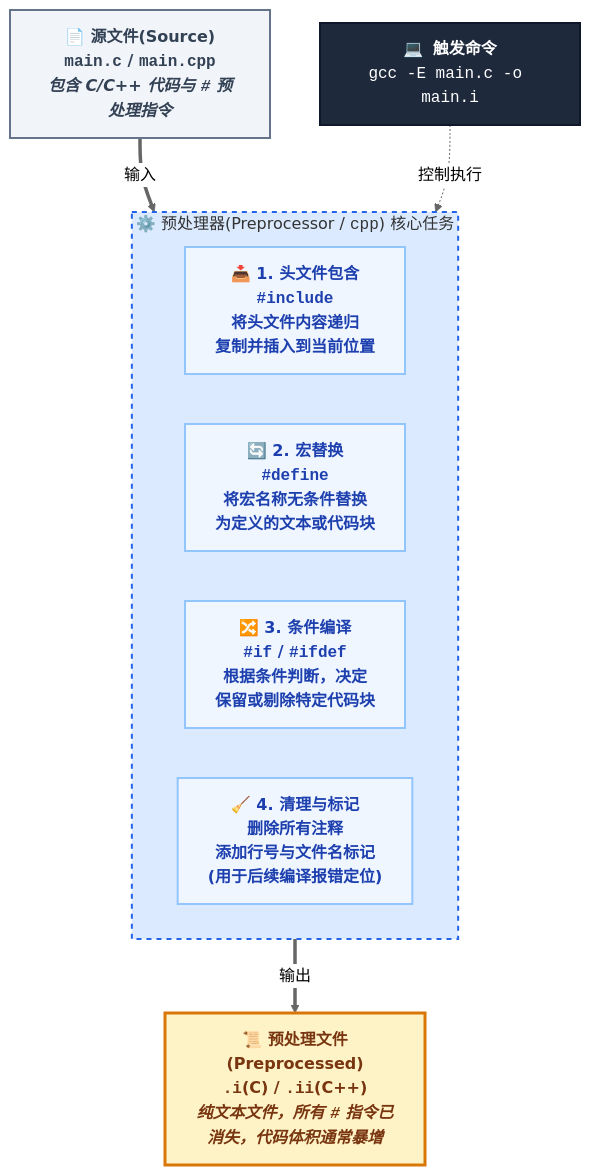
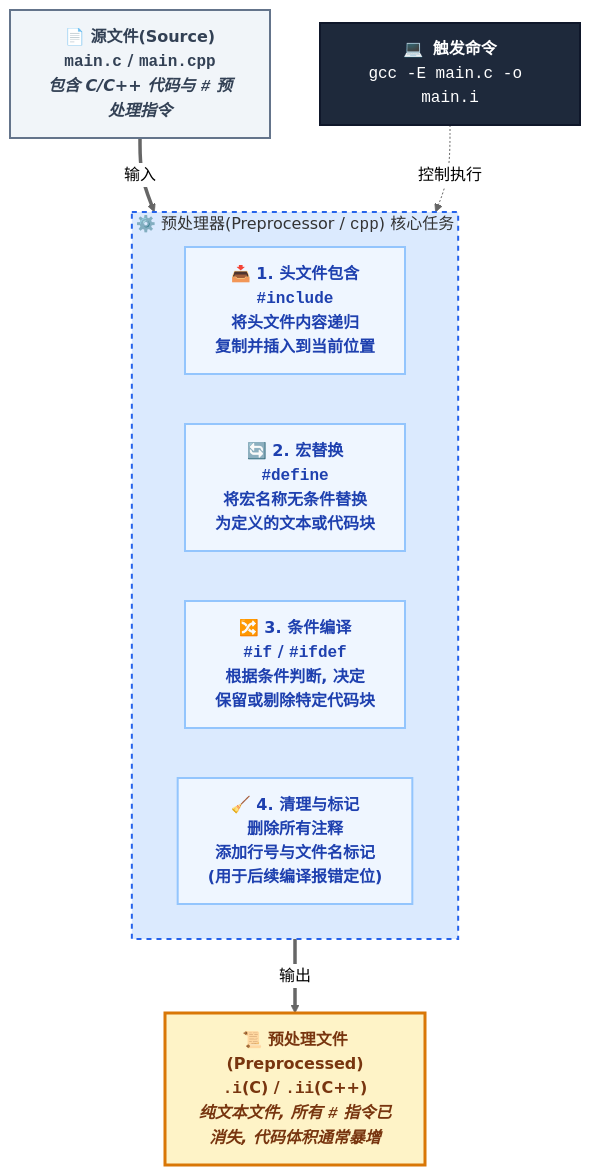
One commit to dmjcb/dmjcb.github.io changed the second of 10 diagrams in _posts/c_c++/compile/2021-06-15-编译过程.md. Above: the diagram before and after it, drawn with Mermaid (neutral theme). The commit also changed other lines of this file and 12 other files, not shown here.

````diff
--- a/_posts/c_c++/compile/2021-06-15-编译过程.md
+++ b/_posts/c_c++/compile/2021-06-15-编译过程.md
@@ -78,37 +78,37 @@
 ```mermaid
 flowchart TD
     %% 样式定义(延续前文色彩体系)
     classDef srcFile fill:#f1f5f9,stroke:#64748b,stroke-width:2px,color:#334155,font-weight:bold;
     classDef cppBox fill:#dbeafe,stroke:#2563eb,stroke-width:2px,stroke-dasharray: 5 5;
     classDef taskNode fill:#eff6ff,stroke:#93c5fd,stroke-width:2px,color:#1e40af,font-weight:bold;
     classDef outFile fill:#fef3c7,stroke:#d97706,stroke-width:3px,color:#78350f,font-weight:bold;
     classDef cmdNode fill:#1e293b,stroke:#0f172a,stroke-width:2px,color:#ffffff,font-family:monospace;
 
     %% 节点定义
     Src["📄 <b>源文件(Source)</b><br/><code>main.c</code> / <code>main.cpp</code><br/><i>包含 C/C++ 代码与 <code>#</code> 预处理指令</i>"]
 
     subgraph CPP ["⚙️ 预处理器(Preprocessor / <code>cpp</code>) 核心任务"]
         direction LR
         T1["📥 <b>1. 头文件包含</b><br/><code>#include</code><br/>将头文件内容递归<br/>复制并插入到当前位置"]
         T2["🔄 <b>2. 宏替换</b><br/><code>#define</code><br/>将宏名称无条件替换<br/>为定义的文本或代码块"]
-        T3["🔀 <b>3. 条件编译</b><br/><code>#if</code> / <code>#ifdef</code><br/>根据条件判断，决定<br/>保留或剔除特定代码块"]
+        T3["🔀 <b>3. 条件编译</b><br/><code>#if</code> / <code>#ifdef</code><br/>根据条件判断, 决定<br/>保留或剔除特定代码块"]
         T4["🧹 <b>4. 清理与标记</b><br/>删除所有注释<br/>添加行号与文件名标记<br/>(用于后续编译报错定位)"]
     end
 
-    Out["📜 <b>预处理文件(Preprocessed)</b><br/><code>.i</code>(C) / <code>.ii</code>(C++)<br/><i>纯文本文件，所有 <code>#</code> 指令已消失，代码体积通常暴增</i>"]
+    Out["📜 <b>预处理文件(Preprocessed)</b><br/><code>.i</code>(C) / <code>.ii</code>(C++)<br/><i>纯文本文件, 所有 <code>#</code> 指令已消失, 代码体积通常暴增</i>"]
     
     Cmd["💻 <b>触发命令</b><br/><code>gcc -E main.c -o main.i</code>"]
 
     %% 连线关系
     Src ==>|"输入"| CPP
     CPP ==>|"输出"| Out
     Cmd -. "控制执行" .-> CPP
 
     %% 应用样式
     class Src srcFile;
     class CPP cppBox;
     class T1,T2,T3,T4 taskNode;
     class Out outFile;
     class Cmd cmdNode;
 
 ```
````
